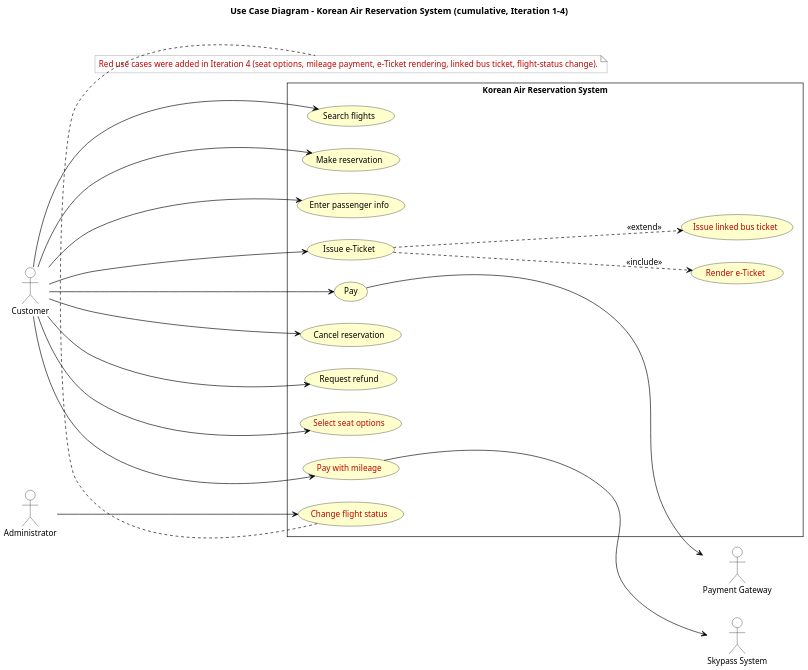
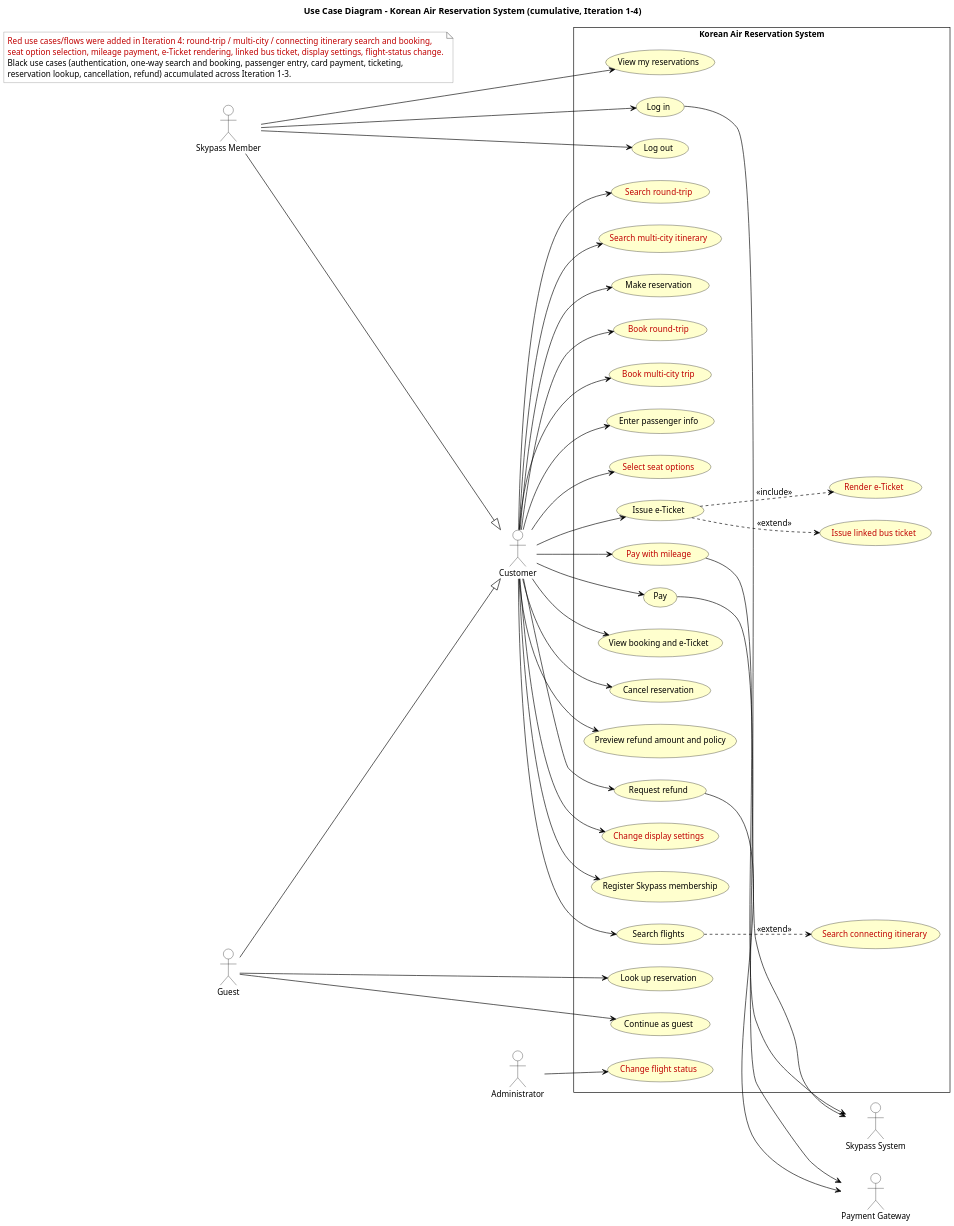
The diagram in docs/diagrams/iter4-puml/behav/usecase-cumulative.puml (gimjungwook/KoreanAirReservationDomain), drawn with PlantUML before and after one commit. The commit also changed 1 other file, not shown here.

Commit message:
Expand cumulative Use Case diagram to full actor-operation coverage
Add actor generalization (Skypass Member / Guest specialize Customer) and the
previously-omitted use cases: authentication (log in / register / log out /
continue as guest), round-trip / multi-city / connecting itinerary search and
booking (Iteration 4), reservation lookup and detail view, refund preview, and
global display settings (Iteration 4). Iteration-4 additions marked red.

```diff
--- a/docs/diagrams/iter4-puml/behav/usecase-cumulative.puml
+++ b/docs/diagrams/iter4-puml/behav/usecase-cumulative.puml
@@ -1,48 +1,81 @@
 @startuml usecase-cumulative
 skinparam backgroundColor #FFFFFF
 skinparam shadowing false
 skinparam roundcorner 0
 skinparam defaultFontName "Helvetica Neue"
 skinparam defaultFontSize 13
 skinparam dpi 150
 skinparam ArrowColor #000000
 skinparam ArrowThickness 1
 skinparam UsecaseBackgroundColor #FFFFCE
 skinparam UsecaseBorderColor #000000
 skinparam ActorBackgroundColor #FFFFFF
 skinparam ActorBorderColor #000000
 skinparam ActorFontColor #000000
 skinparam RectangleBackgroundColor #FFFFFF
 skinparam RectangleBorderColor #000000
 skinparam StateBackgroundColor #FFFFCE
 skinparam StateBorderColor #000000
 skinparam ParticipantBackgroundColor #FFFFCE
 skinparam ParticipantBorderColor #000000
 skinparam LifelineBorderColor #000000
 skinparam noteBackgroundColor #FFFFFF
 skinparam noteBorderColor #777777
 
 left to right direction
 title Use Case Diagram - Korean Air Reservation System (cumulative, Iteration 1-4)
 actor Customer
+actor "Skypass Member" as Member
+actor Guest
 actor Administrator as Admin
 actor "Payment Gateway" as PG
 actor "Skypass System" as SK
+Member --|> Customer
+Guest --|> Customer
 rectangle "Korean Air Reservation System" {
+  ' --- Authentication (Iteration 1-2) ---
+  Member --> (Log in)
+  Guest --> (Continue as guest)
+  Customer --> (Register Skypass membership)
+  Member --> (Log out)
+  (Log in) --> SK
+  ' --- Search (Iteration 1; trip-type variants in Iteration 4) ---
   Customer --> (Search flights)
+  Customer --> (<color:#C00000>Search round-trip</color>)
+  Customer --> (<color:#C00000>Search multi-city itinerary</color>)
+  (Search flights) ..> (<color:#C00000>Search connecting itinerary</color>) : <<extend>>
+  ' --- Booking ---
   Customer --> (Make reservation)
+  Customer --> (<color:#C00000>Book round-trip</color>)
+  Customer --> (<color:#C00000>Book multi-city trip</color>)
   Customer --> (Enter passenger info)
+  Customer --> (<color:#C00000>Select seat options</color>)
+  ' --- Payment ---
   Customer --> (Pay)
-  Customer --> (Issue e-Ticket)
-  Customer --> (Cancel reservation)
-  Customer --> (Request refund)
-  Customer --> (<color:#C00000>Select seat options</color>)
   Customer --> (<color:#C00000>Pay with mileage</color>)
   (Pay) --> PG
   (<color:#C00000>Pay with mileage</color>) --> SK
+  ' --- Ticketing ---
+  Customer --> (Issue e-Ticket)
   (Issue e-Ticket) ..> (<color:#C00000>Render e-Ticket</color>) : <<include>>
   (Issue e-Ticket) ..> (<color:#C00000>Issue linked bus ticket</color>) : <<extend>>
+  ' --- Manage booking ---
+  Member --> (View my reservations)
+  Guest --> (Look up reservation)
+  Customer --> (View booking and e-Ticket)
+  Customer --> (Cancel reservation)
+  Customer --> (Preview refund amount and policy)
+  Customer --> (Request refund)
+  (Request refund) --> PG
+  ' --- Settings (Iteration 4) ---
+  Customer --> (<color:#C00000>Change display settings</color>)
+  ' --- Administration ---
   Admin --> (<color:#C00000>Change flight status</color>)
 }
-note bottom : <color:#C00000>Red use cases were added in Iteration 4 (seat options, mileage payment, e-Ticket rendering, linked bus ticket, flight-status change).</color>
+note as UCN
+  <color:#C00000>Red use cases/flows were added in Iteration 4: round-trip / multi-city / connecting itinerary search and booking,</color>
+  <color:#C00000>seat option selection, mileage payment, e-Ticket rendering, linked bus ticket, display settings, flight-status change.</color>
+  Black use cases (authentication, one-way search and booking, passenger entry, card payment, ticketing,
+  reservation lookup, cancellation, refund) accumulated across Iteration 1-3.
+end note
 @enduml
```
